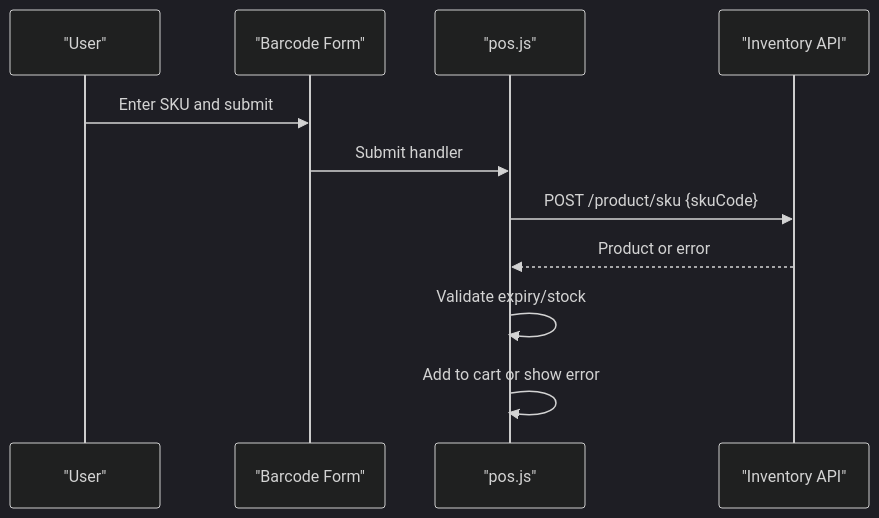
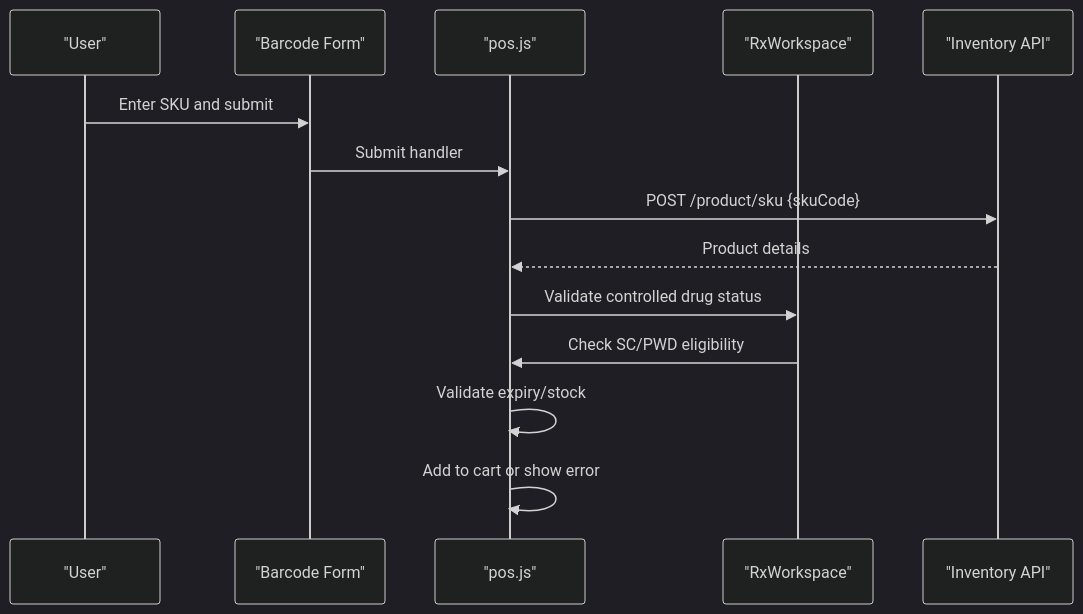
The fifth of 14 diagrams in .qoder/repowiki/en/content/Frontend Interface/Point-of-Sale Interface.md (yosefdc7/PharmaPOS), drawn with Mermaid (dark theme) before and after one commit. The commit also changed other lines of this file and 11 other files, not shown here.

````diff
--- a/.qoder/repowiki/en/content/Frontend Interface/Point-of-Sale Interface.md
+++ b/.qoder/repowiki/en/content/Frontend Interface/Point-of-Sale Interface.md
@@ -182,13 +243,16 @@
 ```mermaid
 sequenceDiagram
 participant User as "User"
 participant Form as "Barcode Form"
 participant POS as "pos.js"
+participant RX as "RxWorkspace"
 participant API as "Inventory API"
 User->>Form : Enter SKU and submit
 Form->>POS : Submit handler
 POS->>API : POST /product/sku {skuCode}
-API-->>POS : Product or error
+API-->>POS : Product details
+POS->>RX : Validate controlled drug status
+RX->>POS : Check SC/PWD eligibility
 POS->>POS : Validate expiry/stock
 POS->>POS : Add to cart or show error
 ```
````
